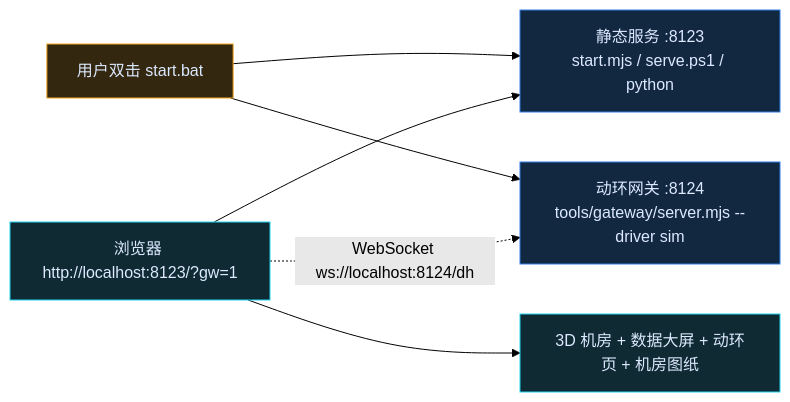
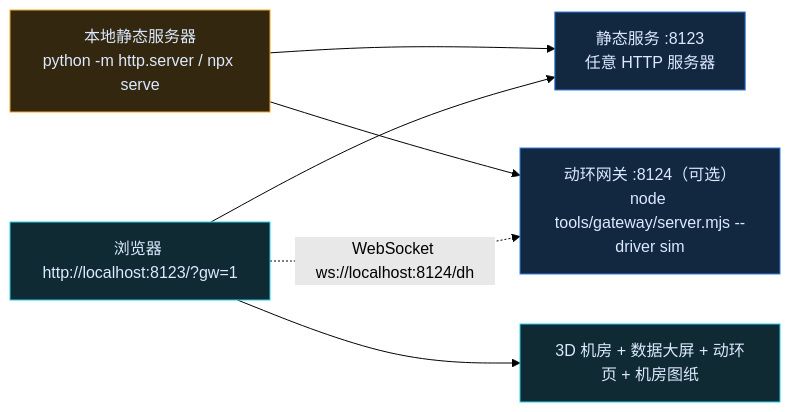
Before and after one commit to 99kevindk/idc-visual-ops: the sixth of 6 diagrams in docs/项目图谱.md, drawn with Mermaid (forest theme). The commit also changed other lines of this file and 20 other files, not shown here.

````diff
--- a/docs/项目图谱.md
+++ b/docs/项目图谱.md
@@ -282,11 +258,11 @@
 ```mermaid
 flowchart LR
-  U["用户双击 start.bat"]:::u --> P1["静态服务 :8123<br/>start.mjs / serve.ps1 / python"]:::p
-  U --> P2["动环网关 :8124<br/>tools/gateway/server.mjs --driver sim"]:::p
+  U["本地静态服务器<br/>python -m http.server / npx serve"]:::u --> P1["静态服务 :8123<br/>任意 HTTP 服务器"]:::p
+  U --> P2["动环网关 :8124（可选）<br/>node tools/gateway/server.mjs --driver sim"]:::p
   B["浏览器 http://localhost:8123/?gw=1"]:::b --> P1
   B -.->|WebSocket ws://localhost:8124/dh| P2
   B --> S["3D 机房 + 数据大屏 + 动环页 + 机房图纸"]:::b
   classDef u fill:#33280f,stroke:#f5a524,color:#dce9ff
   classDef p fill:#122840,stroke:#2f7fe8,color:#dce9ff
   classDef b fill:#0f2a33,stroke:#22d3ee,color:#dce9ff
 ```
````
